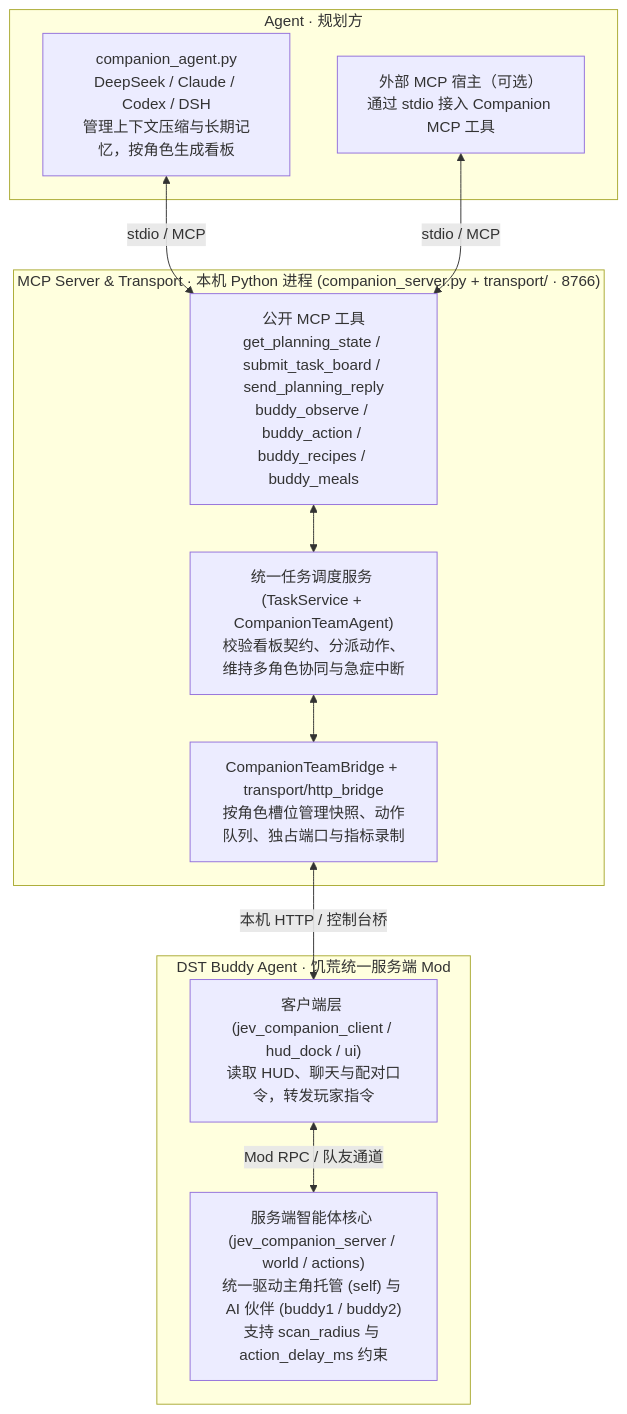
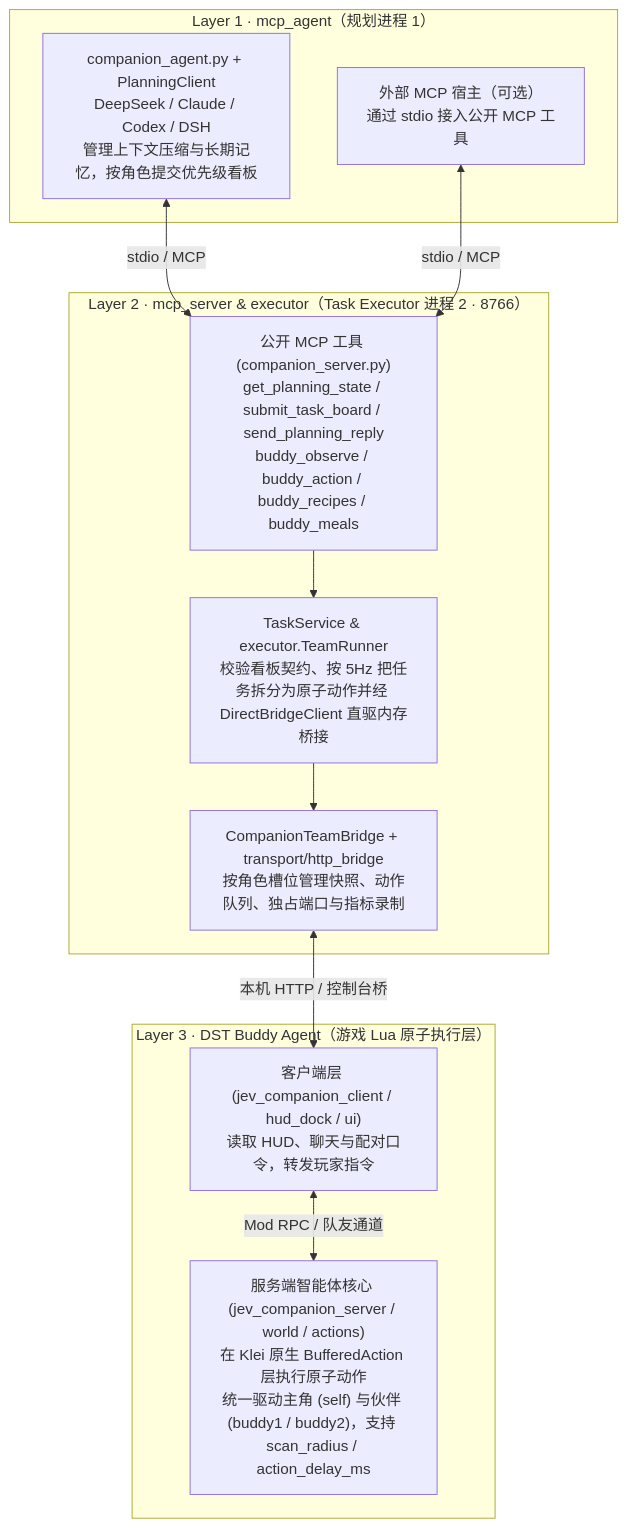
One commit to wjc1207/DST-Hierarchical-Agent changed the diagram in docs/ARCHITECTURE.md. Above: the diagram before and after it, drawn with Mermaid. The commit also changed other lines of this file and 38 other files, not shown here.

Commit message:
Refactor into strict 3-layer Route B architecture

````diff
--- a/docs/ARCHITECTURE.md
+++ b/docs/ARCHITECTURE.md
@@ -3,25 +3,25 @@
 ```mermaid
 flowchart TB
-    subgraph A["Agent · 规划方"]
-        I["companion_agent.py<br/>DeepSeek / Claude / Codex / DSH<br/>管理上下文压缩与长期记忆，按角色生成看板"]
-        D["外部 MCP 宿主（可选）<br/>通过 stdio 接入 Companion MCP 工具"]
+    subgraph A["Layer 1 · mcp_agent（规划进程 1）"]
+        I["companion_agent.py + PlanningClient<br/>DeepSeek / Claude / Codex / DSH<br/>管理上下文压缩与长期记忆，按角色提交优先级看板"]
+        D["外部 MCP 宿主（可选）<br/>通过 stdio 接入公开 MCP 工具"]
     end
 
-    subgraph M["MCP Server & Transport · 本机 Python 进程 (companion_server.py + transport/ · 8766)"]
-        T["公开 MCP 工具<br/>get_planning_state / submit_task_board / send_planning_reply<br/>buddy_observe / buddy_action / buddy_recipes / buddy_meals"]
-        S["统一任务调度服务 (TaskService + CompanionTeamAgent)<br/>校验看板契约、分派动作、维持多角色协同与急症中断"]
+    subgraph M["Layer 2 · mcp_server & executor（Task Executor 进程 2 · 8766）"]
+        T["公开 MCP 工具 (companion_server.py)<br/>get_planning_state / submit_task_board / send_planning_reply<br/>buddy_observe / buddy_action / buddy_recipes / buddy_meals"]
+        S["TaskService & executor.TeamRunner<br/>校验看板契约、按 5Hz 把任务拆分为原子动作并经 DirectBridgeClient 直驱内存桥接"]
         B["CompanionTeamBridge + transport/http_bridge<br/>按角色槽位管理快照、动作队列、独占端口与指标录制"]
-        T <--> S
-        S <--> B
+        T --> S
+        S --> B
     end
 
-    subgraph G["DST Buddy Agent · 饥荒统一服务端 Mod"]
+    subgraph G["Layer 3 · DST Buddy Agent（游戏 Lua 原子执行层）"]
         BC["客户端层 (jev_companion_client / hud_dock / ui)<br/>读取 HUD、聊天与配对口令，转发玩家指令"]
-        BS["服务端智能体核心 (jev_companion_server / world / actions)<br/>统一驱动主角托管 (self) 与 AI 伙伴 (buddy1 / buddy2)<br/>支持 scan_radius 与 action_delay_ms 约束"]
+        BS["服务端智能体核心 (jev_companion_server / world / actions)<br/>在 Klei 原生 BufferedAction 层执行原子动作<br/>统一驱动主角 (self) 与伙伴 (buddy1 / buddy2)，支持 scan_radius / action_delay_ms"]
         BC <-->|"Mod RPC / 队友通道"| BS
     end
 
     I <-->|"stdio / MCP"| T
     D <-->|"stdio / MCP"| T
     B <-->|"本机 HTTP / 控制台桥"| BC
 ```
````
